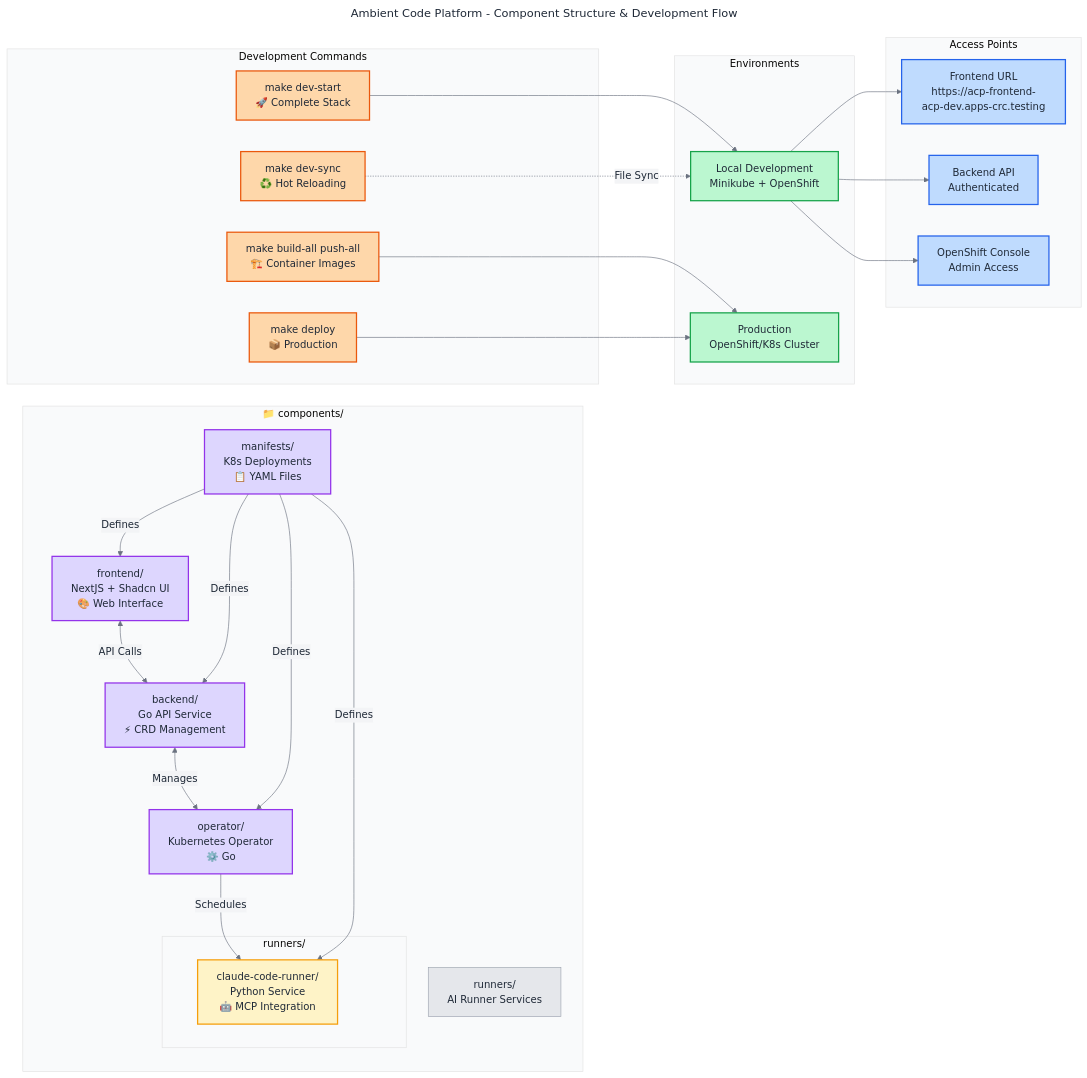
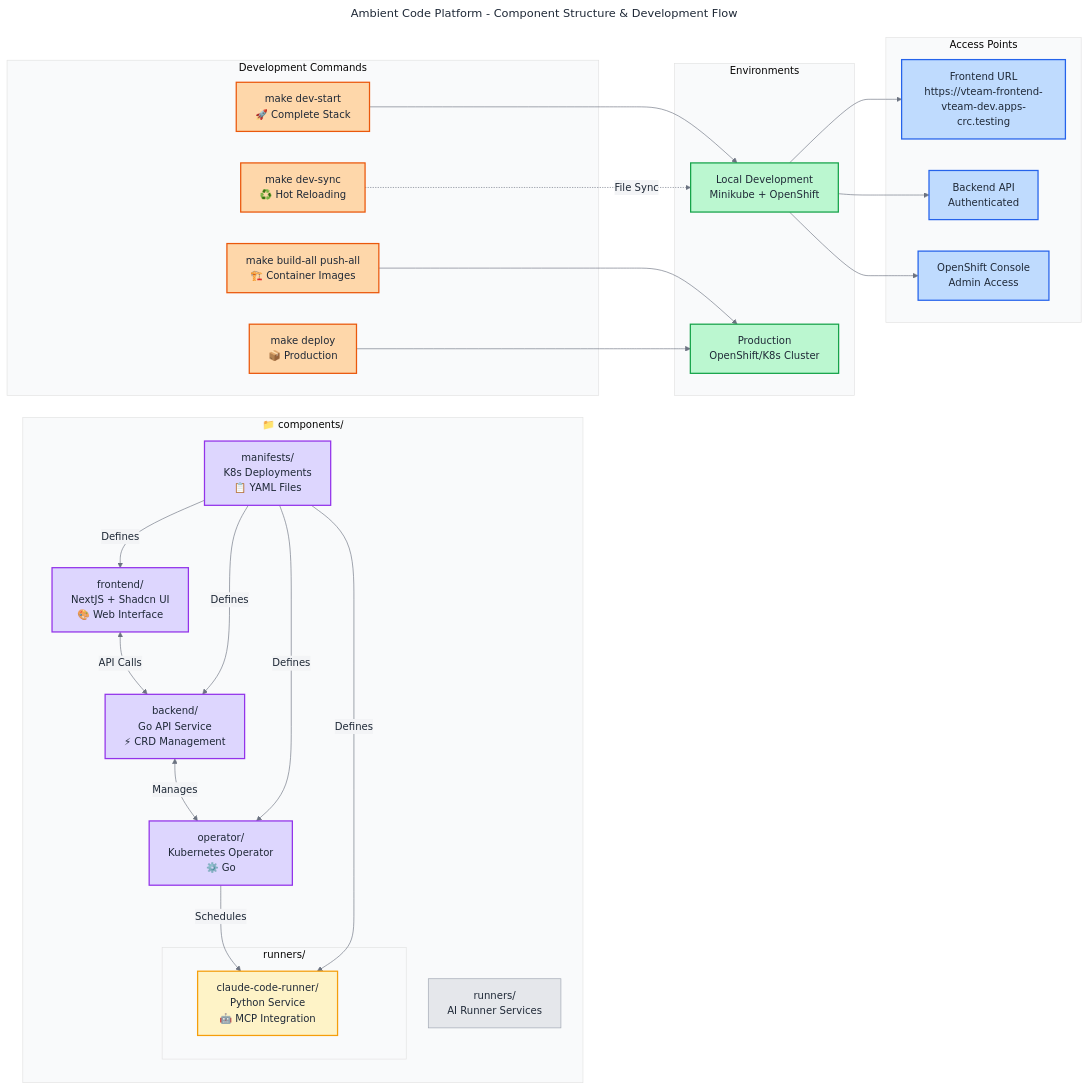
Before and after one commit to ambient-code/platform: the diagram in docs/component-structure.mmd, drawn with Mermaid. The commit also changed 24 other files, not shown here.

First line of the commit message:
fix: Revert breaking changes from vteam to acp naming

```diff
--- a/docs/component-structure.mmd
+++ b/docs/component-structure.mmd
@@ -1,69 +1,69 @@
 ---
 title: Ambient Code Platform - Component Structure & Development Flow
 ---
 
 %%{init: {'theme':'base', 'themeVariables': { 'primaryColor': '#e5e7eb', 'primaryTextColor': '#1f2937', 'primaryBorderColor': '#9ca3af', 'lineColor': '#6b7280', 'secondaryColor': '#f3f4f6', 'tertiaryColor': '#f9fafb'}}}%%
 
 graph LR
     subgraph "📁 components/"
         Frontend[frontend/<br/>NextJS + Shadcn UI<br/>🎨 Web Interface]
         Backend[backend/<br/>Go API Service<br/>⚡ CRD Management]
         Operator[operator/<br/>Kubernetes Operator<br/>⚙️ Go]
         Runners[runners/<br/>AI Runner Services]
         Manifests[manifests/<br/>K8s Deployments<br/>📋 YAML Files]
         
         subgraph "runners/"
             ClaudeRunner[claude-code-runner/<br/>Python Service<br/>🤖 MCP Integration]
         end
     end
     
     subgraph "Development Commands"
         DevStart[make dev-start<br/>🚀 Complete Stack]
         DevSync[make dev-sync<br/>♻️ Hot Reloading]
         Deploy[make deploy<br/>📦 Production]
         BuildPush[make build-all push-all<br/>🏗️ Container Images]
     end
     
     subgraph "Environments"
         Local[Local Development<br/>Minikube + OpenShift]
         Prod[Production<br/>OpenShift/K8s Cluster]
     end
     
     subgraph "Access Points"
-        FrontendURL[Frontend URL<br/>https://acp-frontend-acp-dev.apps-crc.testing]
+        FrontendURL[Frontend URL<br/>https://vteam-frontend-vteam-dev.apps-crc.testing]
         BackendAPI[Backend API<br/>Authenticated]
         Console[OpenShift Console<br/>Admin Access]
     end
     
     %% Development flow
     DevStart --> Local
     Local --> FrontendURL
     Local --> BackendAPI
     Local --> Console
     DevSync -.->|File Sync| Local
     
     %% Production flow
     BuildPush --> Prod
     Deploy --> Prod
     
     %% Component relationships
     Frontend <-->|API Calls| Backend
     Backend <-->|Manages| Operator
     Operator -->|Schedules| ClaudeRunner
     Manifests -->|Defines| Frontend
     Manifests -->|Defines| Backend
     Manifests -->|Defines| Operator
     Manifests -->|Defines| ClaudeRunner
     
     %% Styling
     classDef component fill:#ddd6fe,stroke:#9333ea,stroke-width:2px,color:#1f2937
     classDef command fill:#fed7aa,stroke:#ea580c,stroke-width:2px,color:#1f2937
     classDef env fill:#bbf7d0,stroke:#16a34a,stroke-width:2px,color:#1f2937
     classDef access fill:#bfdbfe,stroke:#2563eb,stroke-width:2px,color:#1f2937
     classDef runner fill:#fef3c7,stroke:#f59e0b,stroke-width:2px,color:#1f2937
     
     class Frontend,Backend,Operator,Manifests component
     class ClaudeRunner runner
     class DevStart,DevSync,Deploy,BuildPush command
     class Local,Prod env
     class FrontendURL,BackendAPI,Console access
```
